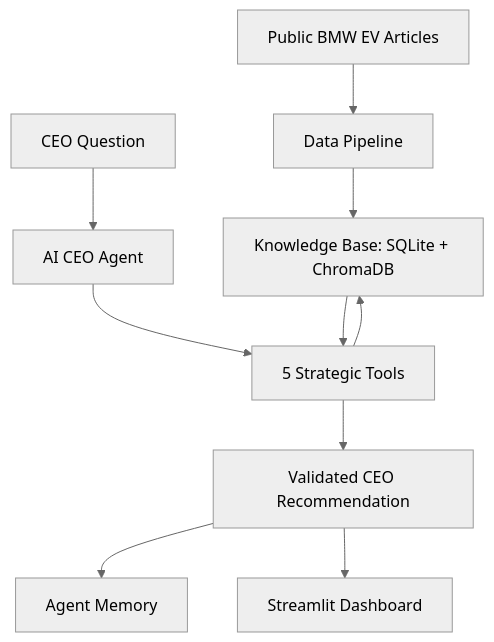
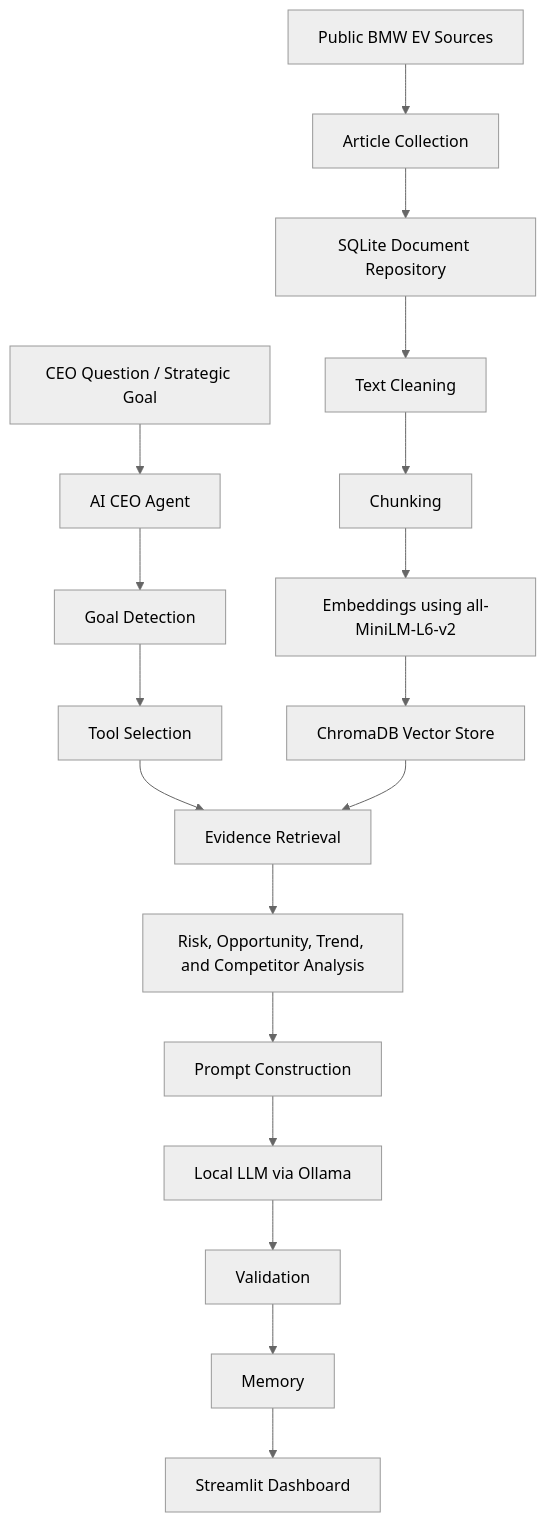
The first of 2 diagrams in README.md (KshitijaSatpute/ai-ceo-strategic-intelligence-agent-bmw), drawn with Mermaid (neutral theme) before and after one commit. The commit also changed other lines of this file, not shown here.

````diff
--- a/README.md
+++ b/README.md
@@ -88,15 +87,21 @@
 ```mermaid
 flowchart TD
-    A[Public BMW EV Articles] --> B[Data Pipeline]
-    B --> C[Knowledge Base: SQLite + ChromaDB]
+    A["Public BMW EV Sources"] --> B["Article Collection"]
+    B --> C["SQLite Document Repository"]
+    C --> D["Text Cleaning"]
+    D --> E["Chunking"]
+    E --> F["Embeddings using all-MiniLM-L6-v2"]
+    F --> G["ChromaDB Vector Store"]
 
-    D[CEO Question] --> E[AI CEO Agent]
-
-    E --> F[5 Strategic Tools]
-    F --> C
-    C --> F
-
-    F --> G[Validated CEO Recommendation]
-    G --> H[Agent Memory]
-    G --> I[Streamlit Dashboard]
+    H["CEO Question / Strategic Goal"] --> I["AI CEO Agent"]
+    I --> J["Goal Detection"]
+    J --> K["Tool Selection"]
+    K --> L["Evidence Retrieval"]
+    G --> L
+    L --> M["Risk, Opportunity, Trend, and Competitor Analysis"]
+    M --> N["Prompt Construction"]
+    N --> O["Local LLM via Ollama"]
+    O --> P["Validation"]
+    P --> Q["Memory"]
+    Q --> R["Streamlit Dashboard"]
 ```
````
